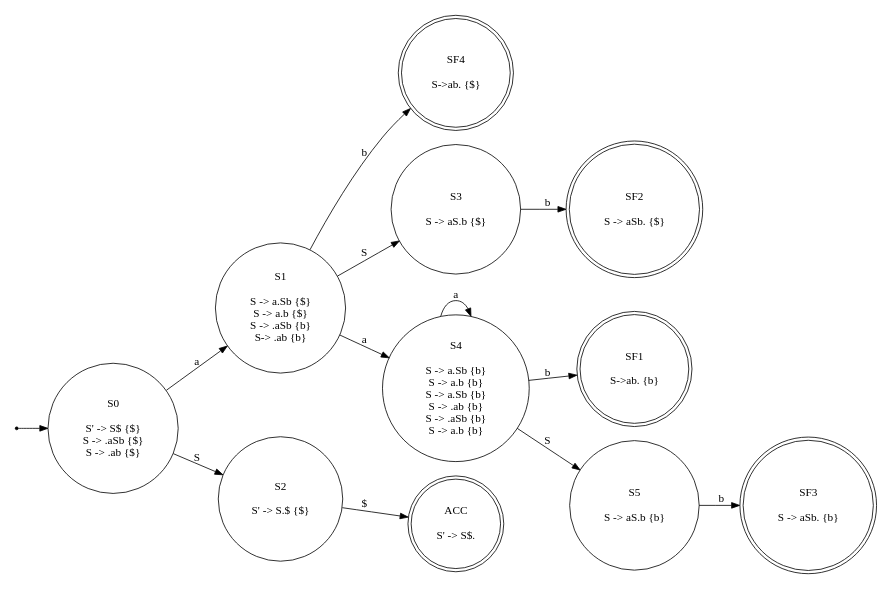
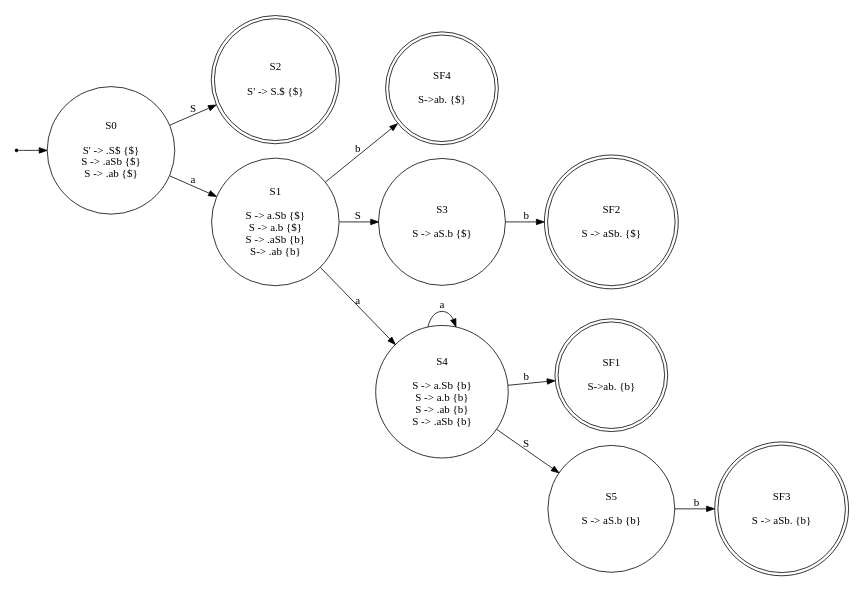
Before and after one commit to apuntes-uam-infomat/apuntes: the diagram in Automatas y lenguajes/tex/ejerciciosHoja3/automata_H3E8.dot, drawn with Graphviz. The commit also changed 2 other files, not shown here.

```diff
--- a/Automatas y lenguajes/tex/ejerciciosHoja3/automata_H3E8.dot
+++ b/Automatas y lenguajes/tex/ejerciciosHoja3/automata_H3E8.dot
@@ -1,37 +1,35 @@
 digraph automata_7 {
     rankdir=LR;
     size="8,5"
 
-    node [shape = doublecircle]; SF1, ACC, SF2, SF3, SF4;
+    node [shape = doublecircle]; SF1, SF2, SF3, SF4, S2;
     node [shape = point ]; init
     node [shape = circle];
 
-    S0 [label="S0\n\nS' -> S$ {$}\nS -> .aSb {$}\nS -> .ab {$}"];
+    S0 [label="S0\n\nS' -> .S$ {$}\nS -> .aSb {$}\nS -> .ab {$}"];
     S1 [label="S1\n\nS -> a.Sb {$}\nS -> a.b {$}\nS -> .aSb {b}\nS-> .ab {b}"];
     SF1 [label="SF1\n\nS->ab. {b}"];
     SF4 [label="SF4\n\nS->ab. {$}"];
     S2 [label="S2\n\nS' -> S.$ {$}"];
-    ACC [label ="ACC\n\nS' -> S$."];
     S3 [label ="S3\n\nS -> aS.b {$}"];
     SF2 [label ="SF2\n\nS -> aSb. {$}"];
-    S4 [label="S4\n\nS -> a.Sb {b}\nS -> a.b {b}\nS -> a.Sb {b}\n S -> .ab {b}\n S -> .aSb {b}\nS -> a.b {b}"];
+    S4 [label="S4\n\nS -> a.Sb {b}\nS -> a.b {b}\n S -> .ab {b}\n S -> .aSb {b}"];
     S5 [label ="S5\n\nS -> aS.b {b}"];
     SF3 [label ="SF3\n\nS -> aSb. {b}"];
 
 
 
     init -> S0;
     S0 -> S1 [label = a];
     S0 -> S2 [label = S];
     S1 -> SF4 [label = b];
     S1 -> S3 [label = S];
     S1 -> S4 [label = a];
-    S2 -> ACC [label = "$"];
     S3 -> SF2 [label = b];
     S4 -> S5 [label = S];
     S4 -> S4 [label = a];
     S4 -> SF1 [label = b];
     S5 -> SF3 [label = b];
 
 
 }
```
